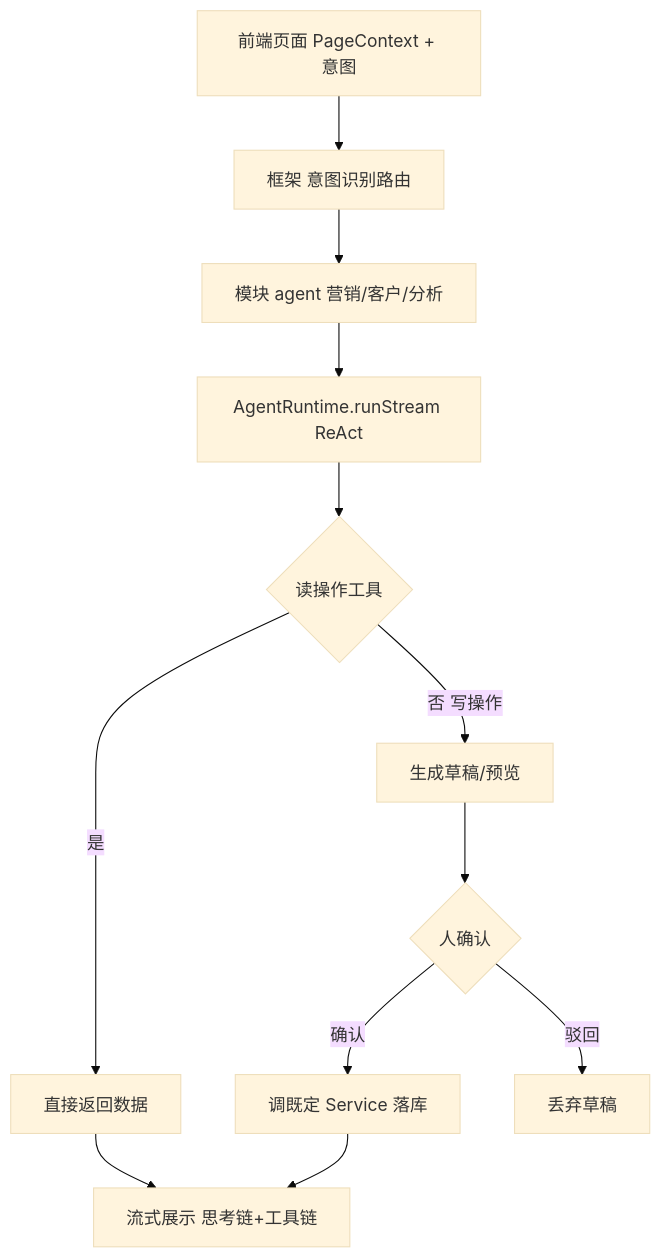
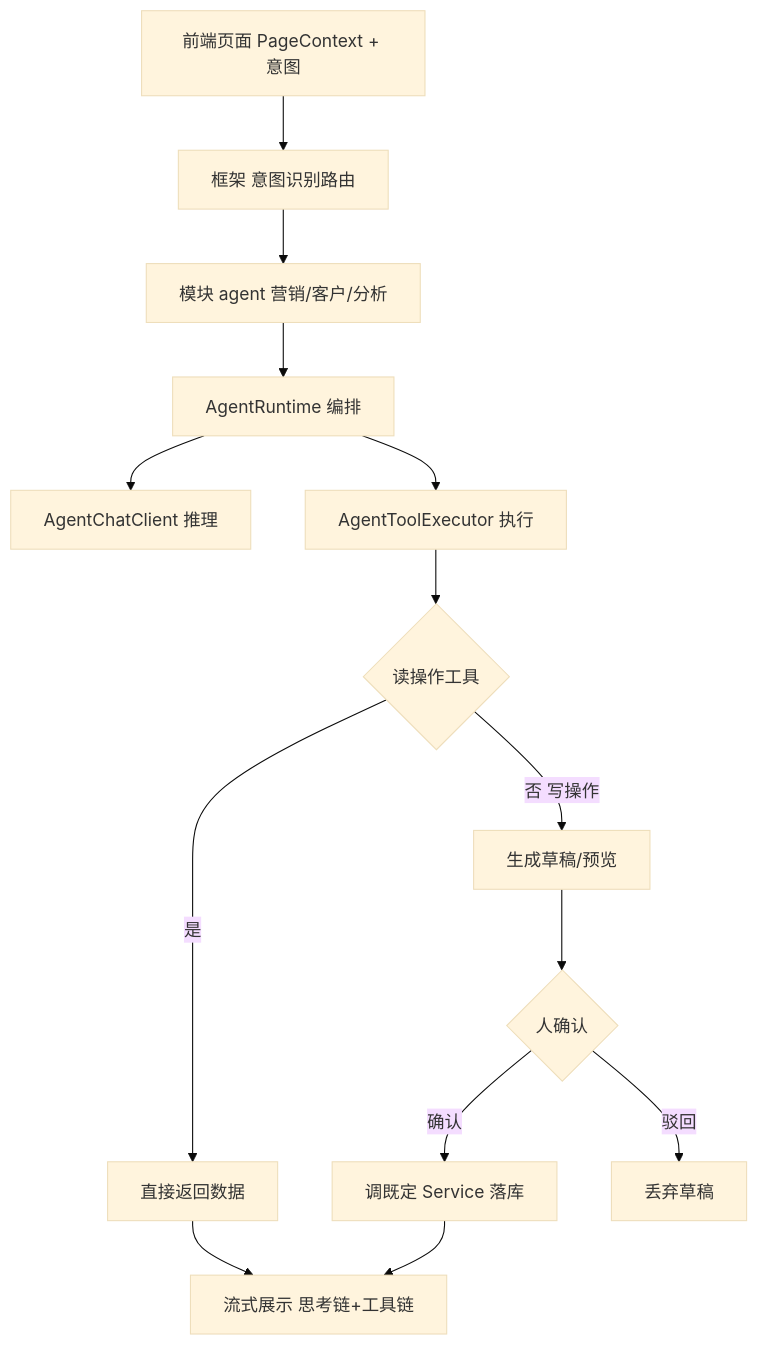
Before and after one commit to dsplat/multi-tenant-saas: the fifth of 6 diagrams in docs/ai-usage-architecture.md, drawn with Mermaid (base theme). The commit also changed other lines of this file and 28 other files, not shown here.

````diff
--- a/docs/ai-usage-architecture.md
+++ b/docs/ai-usage-architecture.md
@@ -835,14 +837,16 @@
 ```mermaid
 graph TB
     FE[前端页面 PageContext + 意图] --> ROUTER[框架 意图识别路由]
     ROUTER --> AGENT[模块 agent 营销/客户/分析]
-    AGENT --> RUNTIME[AgentRuntime.runStream ReAct]
-    RUNTIME --> READ{读操作工具}
+    AGENT --> RUNTIME[AgentRuntime 编排]
+    RUNTIME --> CHATCLIENT[AgentChatClient 推理]
+    RUNTIME --> TOOLEXEC[AgentToolExecutor 执行]
+    TOOLEXEC --> READ{读操作工具}
     READ -->|是| DATA[直接返回数据]
     READ -->|否 写操作| DRAFT[生成草稿/预览]
     DRAFT --> CONFIRM{人确认}
     CONFIRM -->|确认| SVC[调既定 Service 落库]
     CONFIRM -->|驳回| DROP[丢弃草稿]
     DATA --> SHOW[流式展示 思考链+工具链]
     SVC --> SHOW
 ```
````
